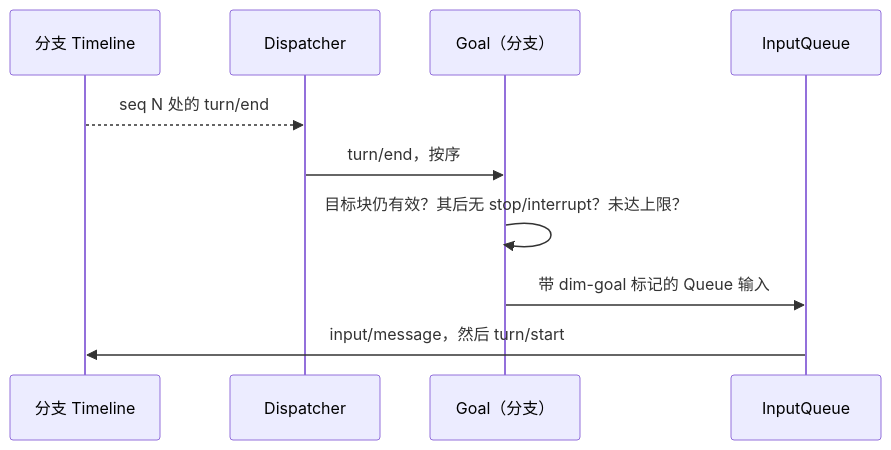
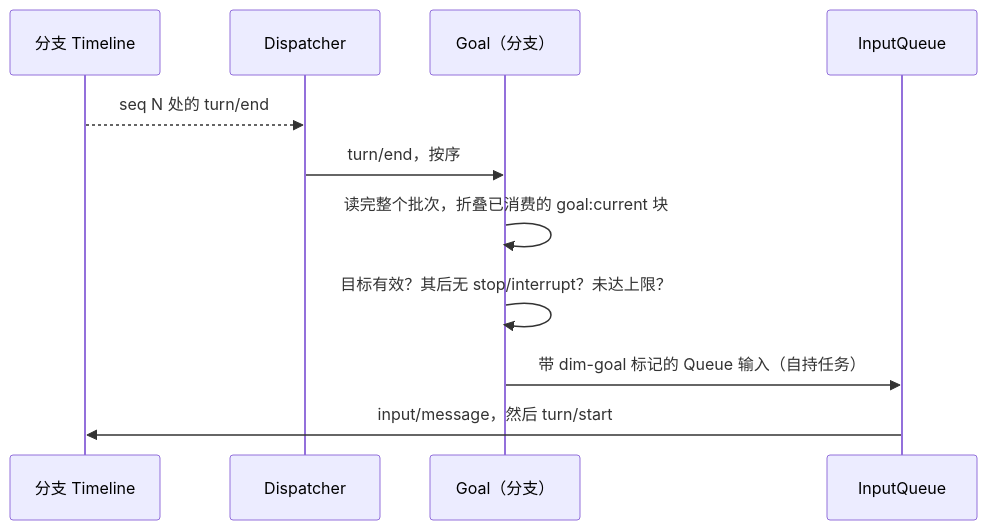
One commit to CoutinhoTTS/dim-agent changed the fourth of 8 diagrams in docs/zh/design/overview.md. Above: the diagram before and after it, drawn with Mermaid. The commit also changed other lines of this file and 40 other files, not shown here.

````diff
--- a/docs/zh/design/overview.md
+++ b/docs/zh/design/overview.md
@@ -214,12 +214,13 @@
 ```mermaid
 sequenceDiagram
   participant TL as 分支 Timeline
   participant D as Dispatcher
   participant G as Goal（分支）
   participant IQ as InputQueue
   TL-->>D: seq N 处的 turn/end
   D->>G: turn/end，按序
-  G->>G: 目标块仍有效？其后无 stop/interrupt？未达上限？
-  G->>IQ: 带 dim-goal 标记的 Queue 输入
+  G->>G: 读完整个批次，折叠已消费的 goal:current 块
+  G->>G: 目标有效？其后无 stop/interrupt？未达上限？
+  G->>IQ: 带 dim-goal 标记的 Queue 输入（自持任务）
   IQ->>TL: input/message，然后 turn/start
 ```
````
